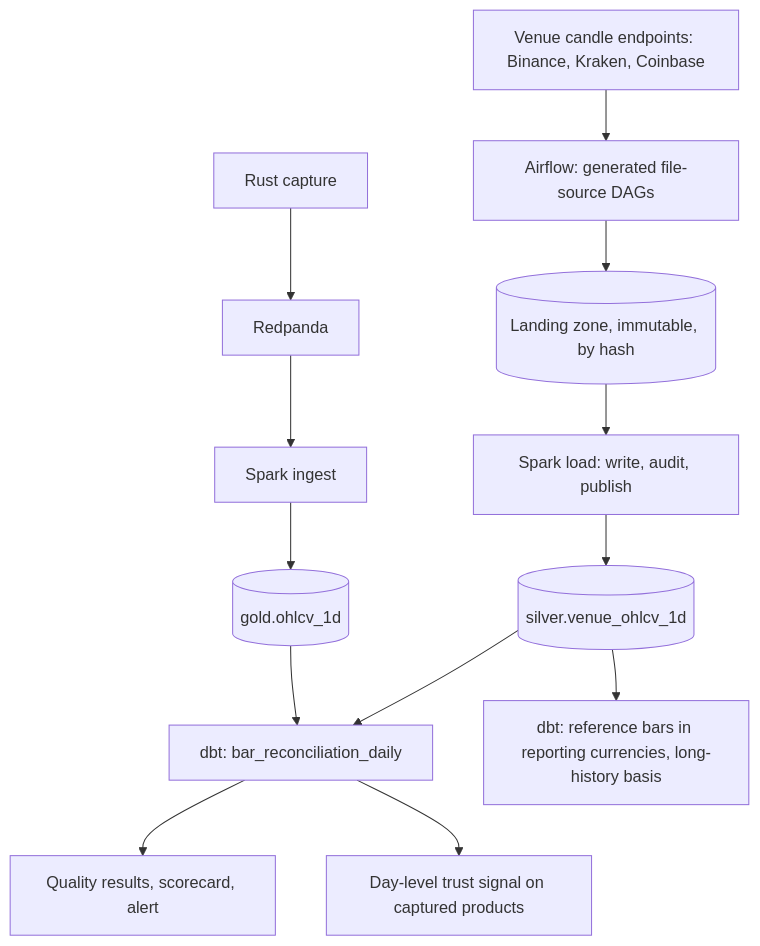
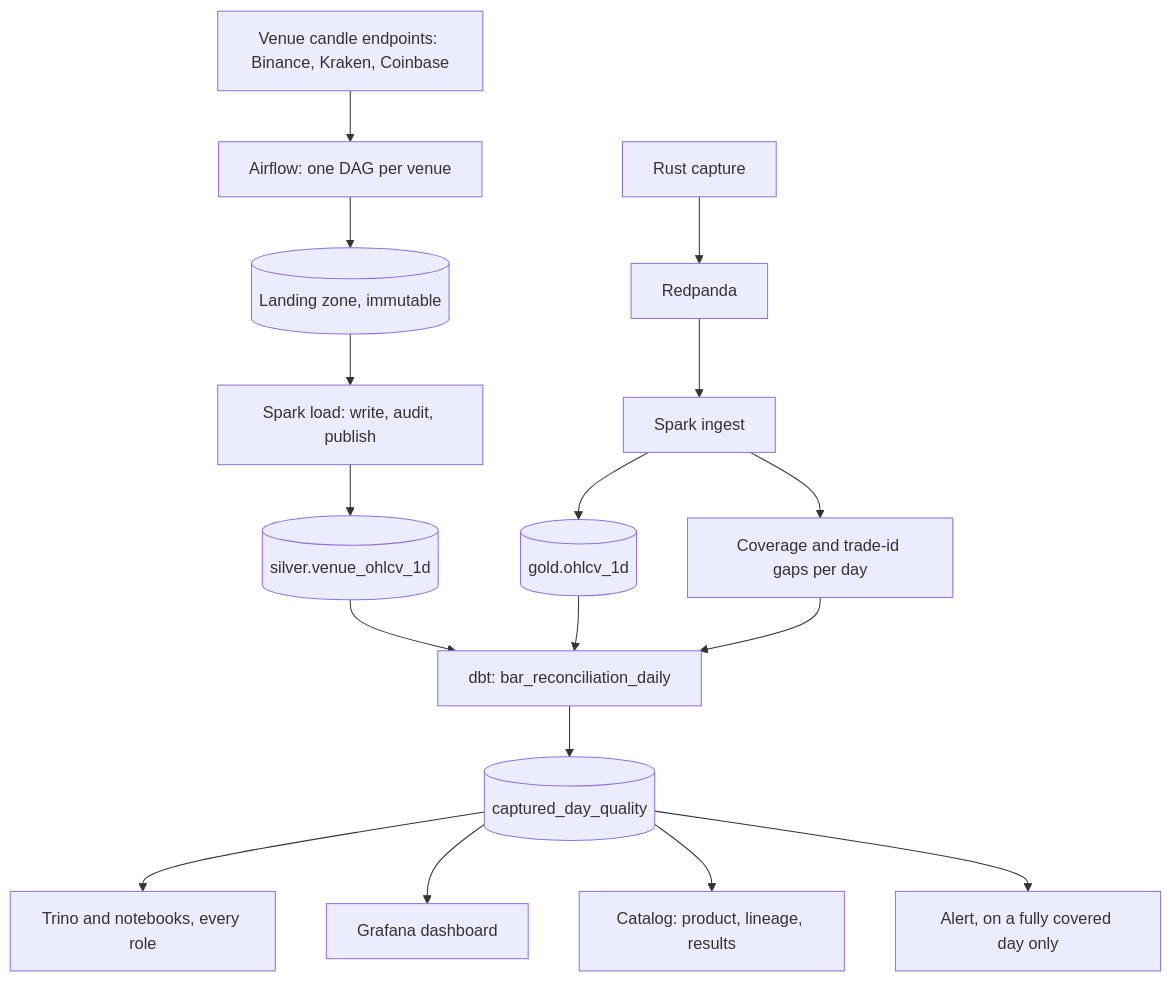
The diagram in docs/plans/2026-11-24-venue-reference-bars/README.md (rjdscott/k2-market-data-platform), drawn with Mermaid before and after one commit. The commit also changed other lines of this file and 12 other files, not shown here.

````diff
--- a/docs/plans/2026-11-24-venue-reference-bars/README.md
+++ b/docs/plans/2026-11-24-venue-reference-bars/README.md
@@ -96,16 +102,19 @@
 ```mermaid
 flowchart TB
-    V[Venue candle endpoints: Binance, Kraken, Coinbase] --> F[Airflow: generated file-source DAGs]
-    F --> LZ[(Landing zone, immutable, by hash)]
+    V[Venue candle endpoints: Binance, Kraken, Coinbase] --> F[Airflow: one DAG per venue]
+    F --> LZ[(Landing zone, immutable)]
     LZ --> LD[Spark load: write, audit, publish]
     LD --> RB[(silver.venue_ohlcv_1d)]
 
     CAP[Rust capture] --> RP[Redpanda] --> ING[Spark ingest] --> G[(gold.ohlcv_1d)]
+    ING --> COV[Coverage and trade-id gaps per day]
 
     RB --> REC[dbt: bar_reconciliation_daily]
     G --> REC
-    REC --> DQ[Quality results, scorecard, alert]
-    REC --> TS[Day-level trust signal on captured products]
-
-    RB --> REF[dbt: reference bars in reporting currencies, long-history basis]
+    COV --> REC
+    REC --> Q[(captured_day_quality)]
+    Q --> T[Trino and notebooks, every role]
+    Q --> GR[Grafana dashboard]
+    Q --> CAT[Catalog: product, lineage, results]
+    Q --> AL[Alert, on a fully covered day only]
 ```
````
